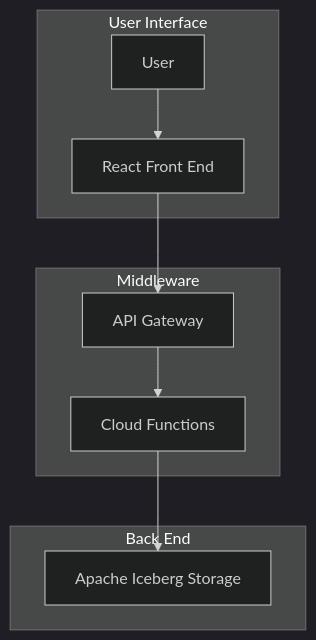
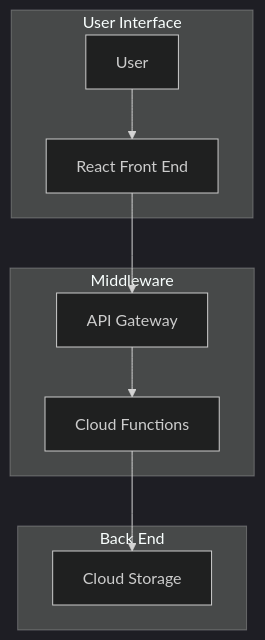
One commit to gammastudios/sandy-crm changed the first of 5 diagrams in README.md. Above: the diagram before and after it, drawn with Mermaid (dark theme). The commit also changed other lines of this file, not shown here.

````diff
--- a/README.md
+++ b/README.md
@@ -7,15 +7,15 @@
 ```mermaid
 graph TD
   subgraph "User Interface"
     User --> ReactFrontEnd[React Front End]
   end
 
   subgraph "Middleware"
     ReactFrontEnd --> APIGateway[API Gateway]
     APIGateway --> CloudFunctions[Cloud Functions]
   end
 
   subgraph "Back End"
-    CloudFunctions --> ApacheIcebergStorage[Apache Iceberg Storage]
+    CloudFunctions --> CloudStorage[Cloud Storage]
   end
 ```
````
